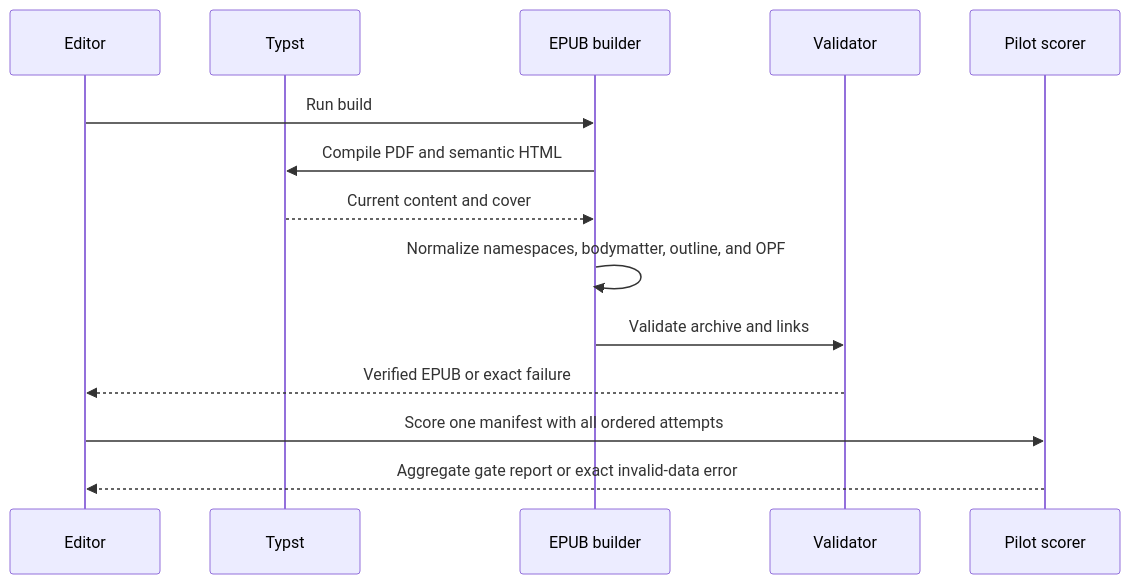
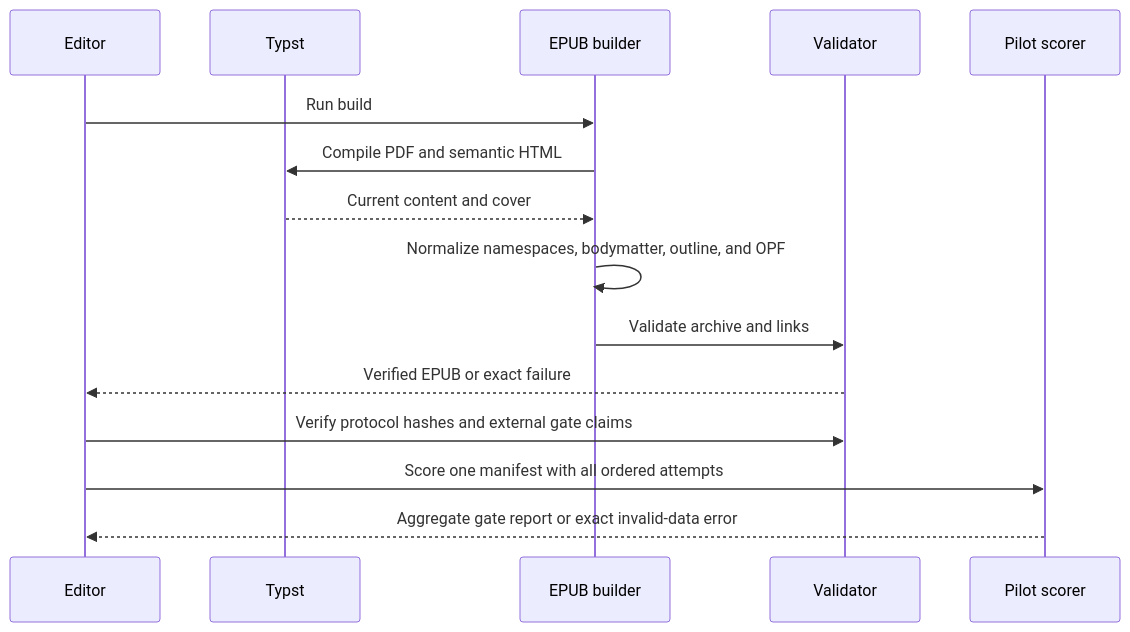
Before and after one commit to streamentry/streamentry: the third of 5 diagrams in scripts/AGENTS.md, drawn with Mermaid. The commit also changed other lines of this file and 32 other files, not shown here.

````diff
--- a/scripts/AGENTS.md
+++ b/scripts/AGENTS.md
@@ -64,16 +68,17 @@
 ```mermaid
 sequenceDiagram
   participant U as Editor
   participant T as Typst
   participant B as EPUB builder
   participant V as Validator
   participant S as Pilot scorer
   U->>B: Run build
   B->>T: Compile PDF and semantic HTML
   T-->>B: Current content and cover
   B->>B: Normalize namespaces, bodymatter, outline, and OPF
   B->>V: Validate archive and links
   V-->>U: Verified EPUB or exact failure
+  U->>V: Verify protocol hashes and external gate claims
   U->>S: Score one manifest with all ordered attempts
   S-->>U: Aggregate gate report or exact invalid-data error
 ```
````
